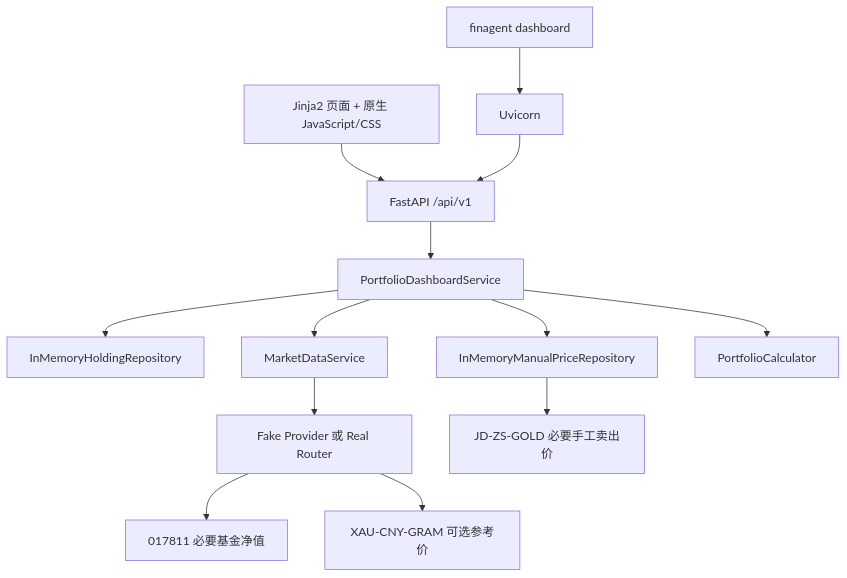
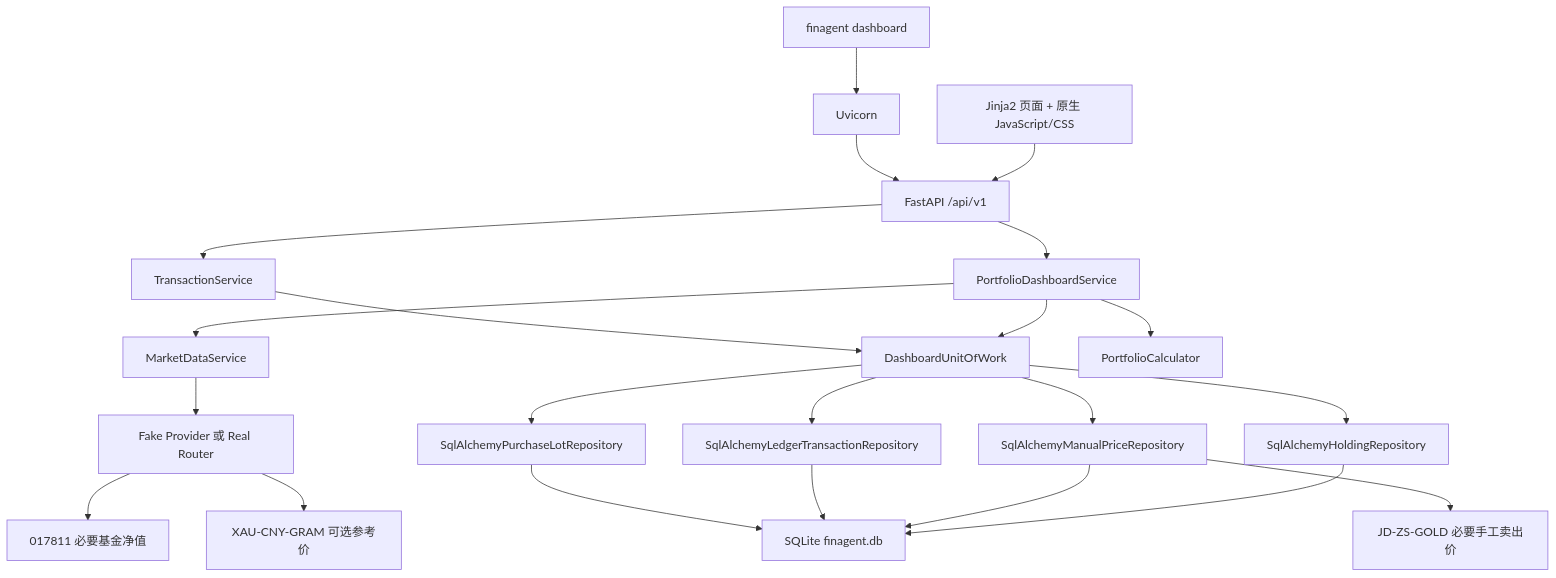
One commit to xmzhhh/xmz-agent changed the second of 2 diagrams in docs/ARCHITECTURE.md. Above: the diagram before and after it, drawn with Mermaid. The commit also changed other lines of this file and 49 other files, not shown here.

````diff
--- a/docs/ARCHITECTURE.md
+++ b/docs/ARCHITECTURE.md
@@ -195,15 +197,24 @@
 ```mermaid
 flowchart TD
     Browser["Jinja2 页面 + 原生 JavaScript/CSS"] --> API["FastAPI /api/v1"]
     CLI["finagent dashboard"] --> Server["Uvicorn"]
     Server --> API
     API --> Dashboard["PortfolioDashboardService"]
-    Dashboard --> Holdings["InMemoryHoldingRepository"]
-    Dashboard --> ManualPrices["InMemoryManualPriceRepository"]
+    API --> Transactions["TransactionService"]
+    Dashboard --> UOW["DashboardUnitOfWork"]
+    Transactions --> UOW
+    UOW --> Holdings["SqlAlchemyHoldingRepository"]
+    UOW --> ManualPrices["SqlAlchemyManualPriceRepository"]
+    UOW --> Ledger["SqlAlchemyLedgerTransactionRepository"]
+    UOW --> Lots["SqlAlchemyPurchaseLotRepository"]
+    Holdings --> SQLite["SQLite finagent.db"]
+    ManualPrices --> SQLite
+    Ledger --> SQLite
+    Lots --> SQLite
     Dashboard --> Market["MarketDataService"]
     Market --> Provider["Fake Provider 或 Real Router"]
     Dashboard --> Calculator["PortfolioCalculator"]
     Provider --> Required["017811 必要基金净值"]
     Provider --> Reference["XAU-CNY-GRAM 可选参考价"]
     ManualPrices --> Gold["JD-ZS-GOLD 必要手工卖出价"]
 ```
````
